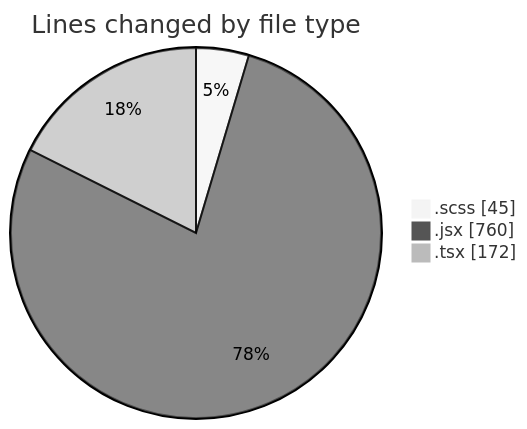
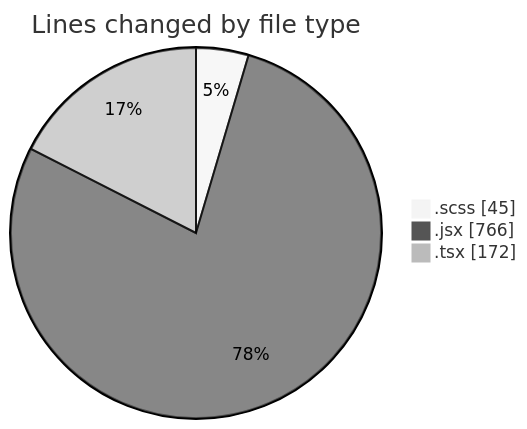
One commit to momahboobian/code-tracking changed the first of 2 diagrams in 2025-06-03/cda/README.md. Above: the diagram before and after it, drawn with Mermaid (neutral theme). The commit also changed other lines of this file and 1 other file, not shown here.

````diff
--- a/2025-06-03/cda/README.md
+++ b/2025-06-03/cda/README.md
@@ -23,7 +23,7 @@
 ```mermaid
 pie showData
 title Lines changed by file type
 ".scss" : 45
-".jsx" : 760
+".jsx" : 766
 ".tsx" : 172
 ```
````
